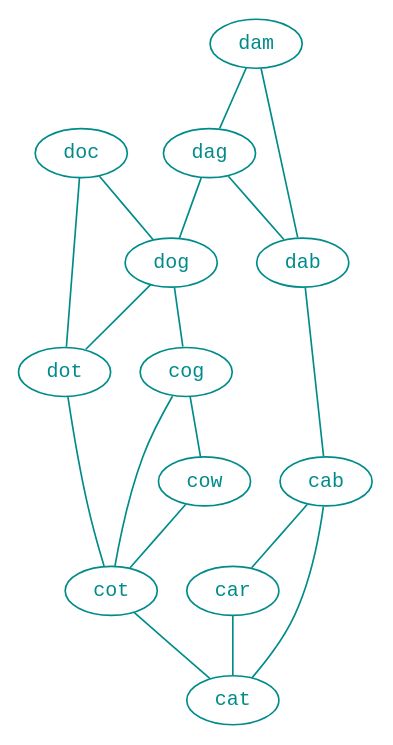
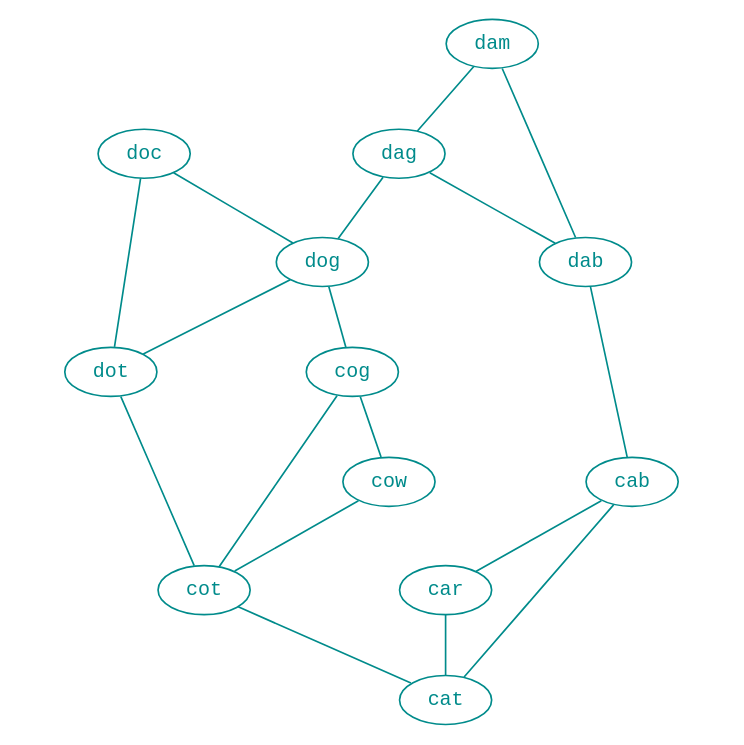
Before and after one commit to ToF-/CodeKatas: the diagram in word-ladder/src/example.gv, drawn with Graphviz. The commit also changed 7 other files, not shown here.

Commit message:
fixing graphs

```diff
--- a/word-ladder/src/example.gv
+++ b/word-ladder/src/example.gv
@@ -1,21 +1,22 @@
 strict digraph ip_map {
+    ratio=1
     node [colorscheme="SVG",width=0.5,height=0.2,shape = ellipse,fontcolor="darkcyan",fontsize=12,fontname="Courier",color="darkcyan"];
     edge [colorscheme="SVG",color="darkcyan",fontcolor="darkcyan",fontsize=10,fontname="Courier"];
     cab -> { cat } [dir=none];
     cab -> { car } [dir=none];
     car -> { cat } [dir=none];
     dab -> { cab } [dir=none];
     cot -> { cat } [dir=none];
     cog -> { cot } [dir=none];
     cow -> { cot } [dir=none];
     cog -> { cow } [dir=none];
     dog -> { cog } [dir=none];
     dot -> { cot } [dir=none];
     dag -> { dab } [dir=none];
     dam -> { dab } [dir=none];
     dam -> { dag } [dir=none];
     doc -> { dog } [dir=none];
     doc -> { dot } [dir=none];
     dog -> { dot } [dir=none];
     dag -> { dog } [dir=none];
 }
```
